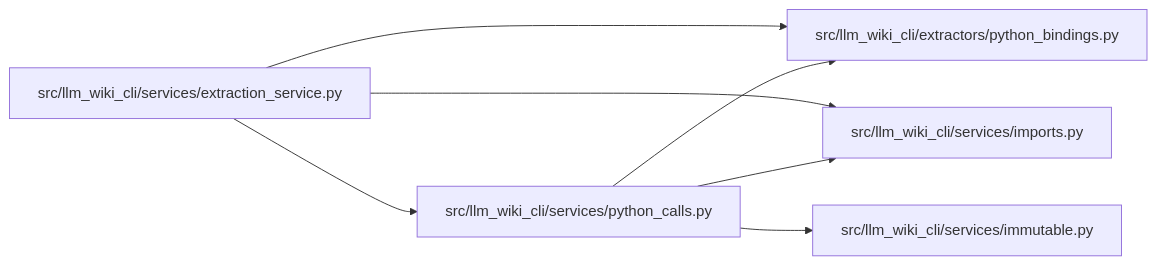
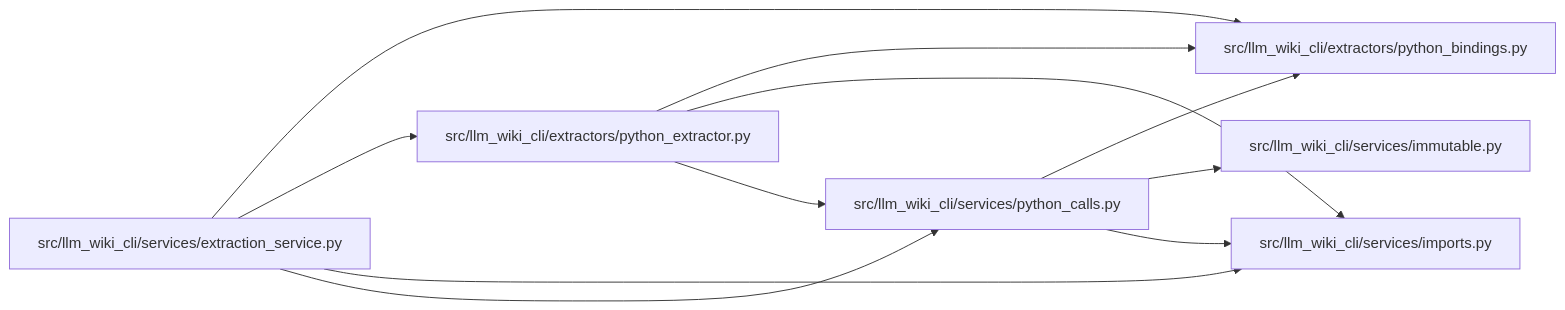
Before and after one commit to Denissvgn/python-wiki-llm: the diagram in docs/llm_wiki/modules/python_calls.md, drawn with Mermaid. The commit also changed other lines of this file and 581 other files, not shown here.

````diff
--- a/docs/llm_wiki/modules/python_calls.md
+++ b/docs/llm_wiki/modules/python_calls.md
@@ -25,19 +31,25 @@
 ```mermaid
 flowchart LR
     n0["src/llm_wiki_cli/extractors/python_bindings.py"]
-    n1["src/llm_wiki_cli/services/extraction_service.py"]
-    n2["src/llm_wiki_cli/services/immutable.py"]
-    n3["src/llm_wiki_cli/services/imports.py"]
-    n4["src/llm_wiki_cli/services/python_calls.py"]
+    n1["src/llm_wiki_cli/extractors/python_extractor.py"]
+    n2["src/llm_wiki_cli/services/extraction_service.py"]
+    n3["src/llm_wiki_cli/services/immutable.py"]
+    n4["src/llm_wiki_cli/services/imports.py"]
+    n5["src/llm_wiki_cli/services/python_calls.py"]
     n1 --> n0
-    n1 --> n3
     n1 --> n4
-    n4 --> n0
-    n4 --> n2
-    n4 --> n3
+    n1 --> n5
+    n2 --> n0
+    n2 --> n1
+    n2 --> n4
+    n2 --> n5
+    n5 --> n0
+    n5 --> n3
+    n5 --> n4
     click n0 "../modules/python_bindings.md"
-    click n1 "../modules/extraction_service.md"
-    click n2 "../modules/immutable.md"
-    click n3 "../modules/imports.md"
-    click n4 "../modules/python_calls.md"
+    click n1 "../modules/python_extractor.md"
+    click n2 "../modules/extraction_service.md"
+    click n3 "../modules/immutable.md"
+    click n4 "../modules/imports.md"
+    click n5 "../modules/python_calls.md"
 ```
````
